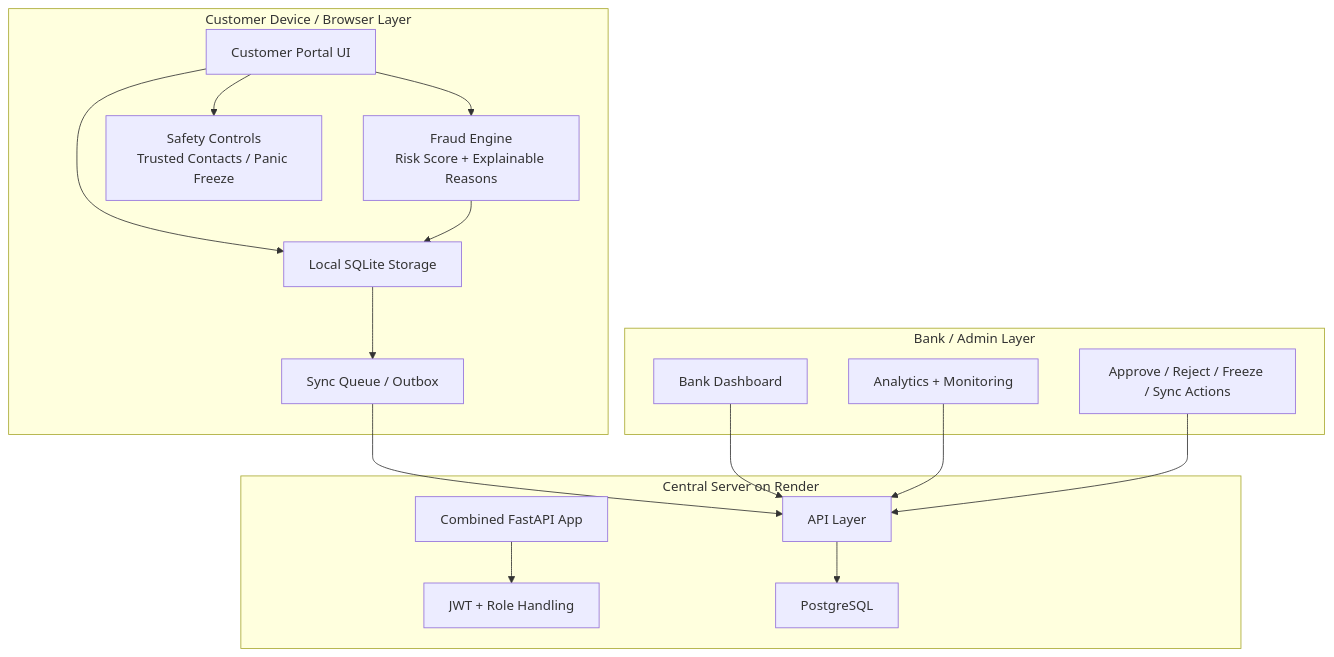
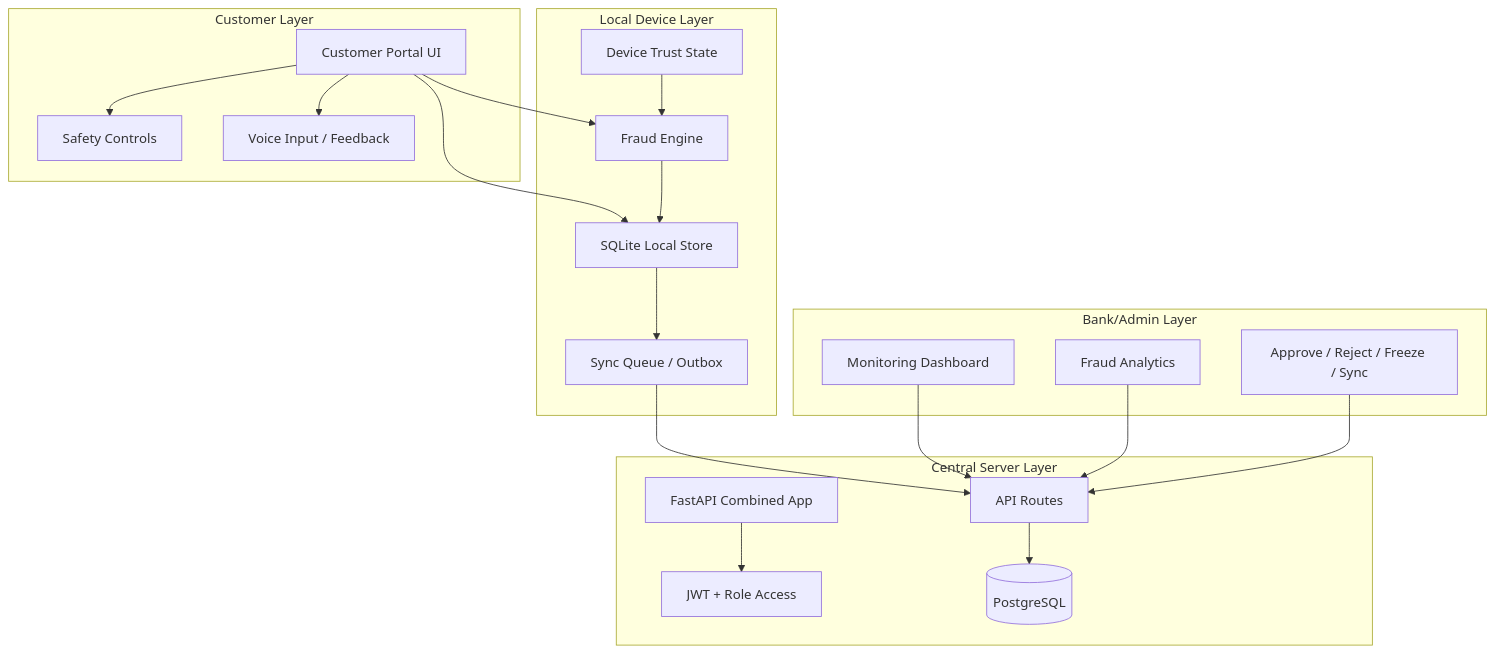
One commit to bhumishah01/CyberShakti-Banking-Framework changed the diagram in docs/GITHUB_WIKI_REPORT/System-Architecture.md. Above: the diagram before and after it, drawn with Mermaid. The commit also changed other lines of this file and 13 other files, not shown here.

````diff
--- a/docs/GITHUB_WIKI_REPORT/System-Architecture.md
+++ b/docs/GITHUB_WIKI_REPORT/System-Architecture.md
@@ -7,35 +7,42 @@
 ```mermaid
 flowchart TB
-  subgraph CustomerSide[Customer Device / Browser Layer]
+  subgraph CustomerLayer[Customer Layer]
     UI[Customer Portal UI]
-    LocalDB[Local SQLite Storage]
-    Fraud[Fraud Engine\nRisk Score + Explainable Reasons]
-    Outbox[Sync Queue / Outbox]
-    Safety[Safety Controls\nTrusted Contacts / Panic Freeze]
+    Safety[Safety Controls]
+    Voice[Voice Input / Feedback]
   end
 
-  subgraph AdminSide[Bank / Admin Layer]
-    AdminUI[Bank Dashboard]
-    Analytics[Analytics + Monitoring]
-    Controls[Approve / Reject / Freeze / Sync Actions]
+  subgraph LocalLayer[Local Device Layer]
+    SQLite[SQLite Local Store]
+    Fraud[Fraud Engine]
+    Outbox[Sync Queue / Outbox]
+    DeviceTrust[Device Trust State]
   end
 
-  subgraph Server[Central Server on Render]
-    Combined[Combined FastAPI App]
-    Auth[JWT + Role Handling]
-    API[API Layer]
-    PG[PostgreSQL]
+  subgraph ServerLayer[Central Server Layer]
+    FastAPI[FastAPI Combined App]
+    Auth[JWT + Role Access]
+    API[API Routes]
+    PG[(PostgreSQL)]
   end
 
+  subgraph AdminLayer[Bank/Admin Layer]
+    Dashboard[Monitoring Dashboard]
+    Analytics[Fraud Analytics]
+    Controls[Approve / Reject / Freeze / Sync]
+  end
+
+  UI --> SQLite
   UI --> Fraud
-  UI --> LocalDB
   UI --> Safety
-  Fraud --> LocalDB
-  LocalDB --> Outbox
+  UI --> Voice
+  Fraud --> SQLite
+  SQLite --> Outbox
+  DeviceTrust --> Fraud
   Outbox --> API
-  Combined --> Auth
+  FastAPI --> Auth
   API --> PG
-  AdminUI --> API
+  Dashboard --> API
   Analytics --> API
   Controls --> API
 ```
````
